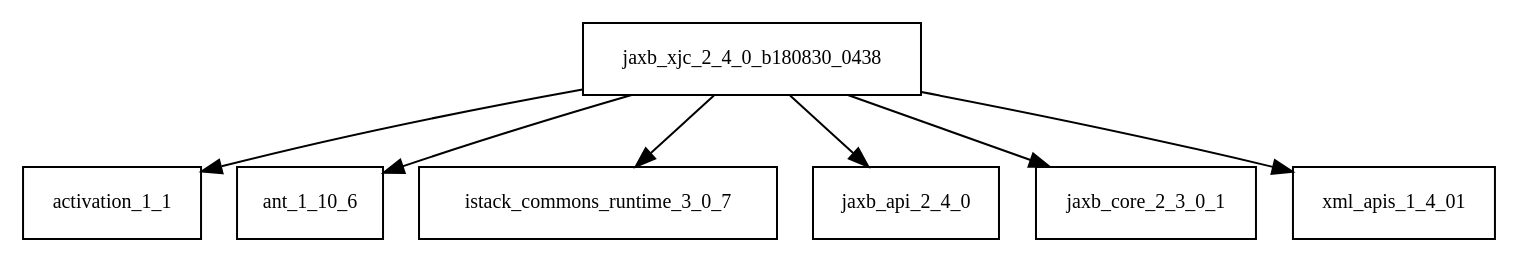
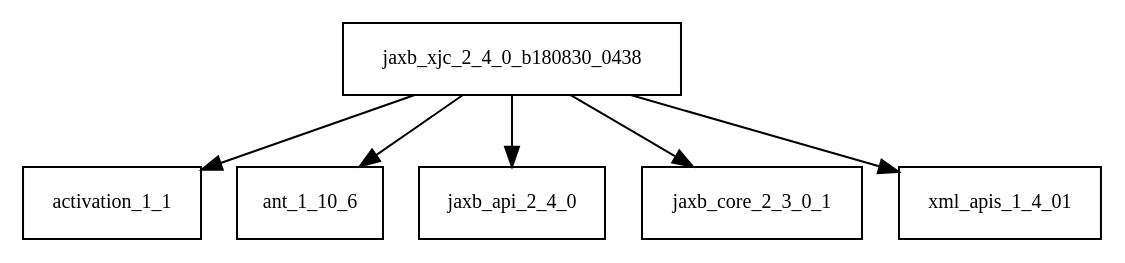
One commit to Hack23/cia changed the diagram in tattleTaleReport/graphviz/jaxb-xjc-2.4.0-b180830.0438.jar/jaxb-xjc-2.4.0-b180830.0438.jar.dot. Above: the diagram before and after it, drawn with Graphviz. The commit also changed 2280 other files, not shown here.

```diff
--- a/tattleTaleReport/graphviz/jaxb-xjc-2.4.0-b180830.0438.jar/jaxb-xjc-2.4.0-b180830.0438.jar.dot
+++ b/tattleTaleReport/graphviz/jaxb-xjc-2.4.0-b180830.0438.jar/jaxb-xjc-2.4.0-b180830.0438.jar.dot
@@ -1,9 +1,8 @@
 digraph jaxb_xjc_2_4_0_b180830_0438_dependencies {
   node [shape = box, fontsize=10.0];
   jaxb_xjc_2_4_0_b180830_0438 -> activation_1_1;
   jaxb_xjc_2_4_0_b180830_0438 -> ant_1_10_6;
-  jaxb_xjc_2_4_0_b180830_0438 -> istack_commons_runtime_3_0_7;
   jaxb_xjc_2_4_0_b180830_0438 -> jaxb_api_2_4_0;
   jaxb_xjc_2_4_0_b180830_0438 -> jaxb_core_2_3_0_1;
   jaxb_xjc_2_4_0_b180830_0438 -> xml_apis_1_4_01;
 }
```
